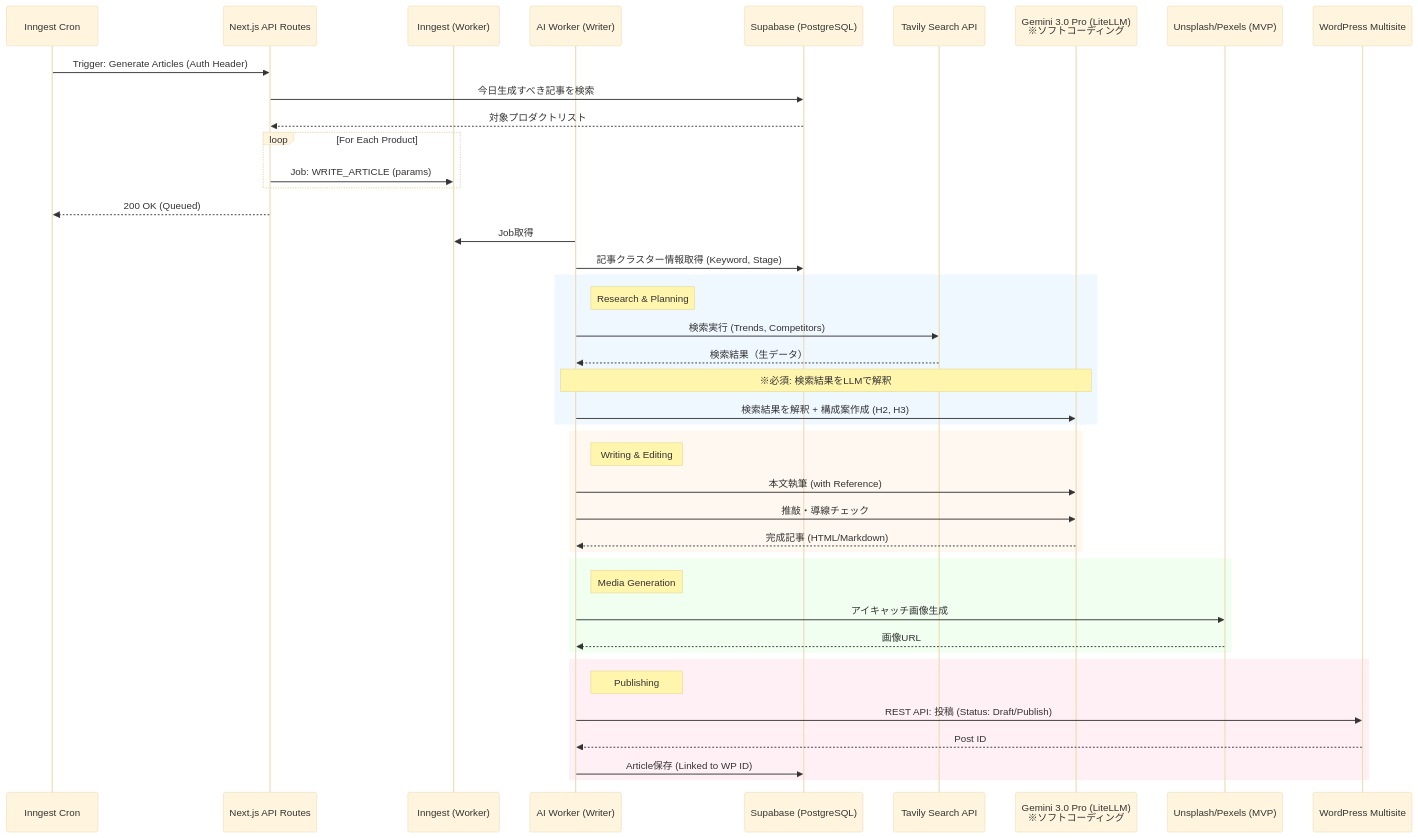
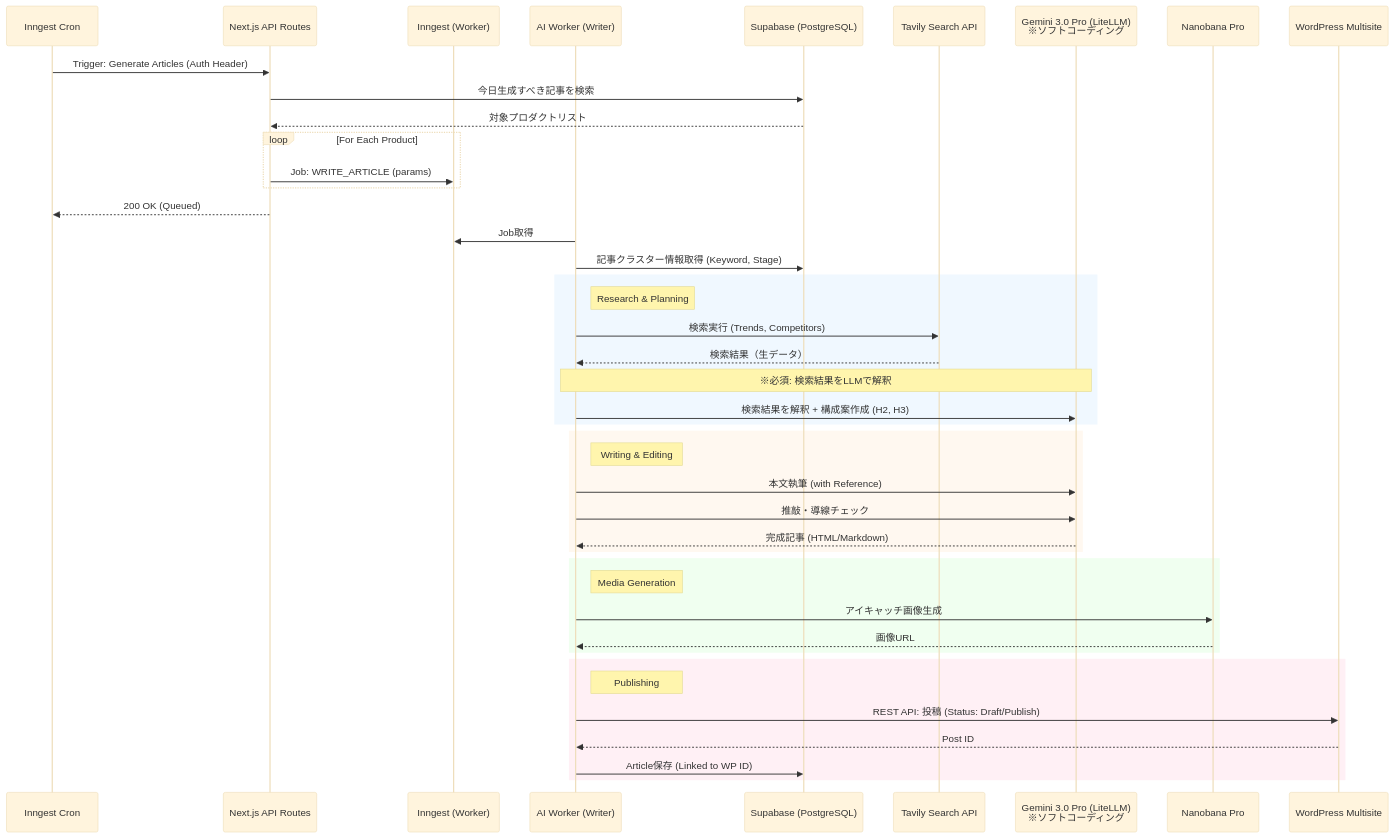
The second of 2 diagrams in docs/architecture/05_Sequence_Diagrams.md (nakia73/AutoWordPress), drawn with Mermaid (base theme) before and after one commit. The commit also changed other lines of this file and 36 other files, not shown here.

````diff
--- a/docs/architecture/05_Sequence_Diagrams.md
+++ b/docs/architecture/05_Sequence_Diagrams.md
@@ -102,53 +104,53 @@
 ```mermaid
 sequenceDiagram
     participant Scheduler as Inngest Cron
     participant NextAPI as Next.js API Routes
     participant Inngest as Inngest (Worker)
     participant Writer as AI Worker (Writer)
     participant DB as Supabase (PostgreSQL)
     participant Tavily as Tavily Search API
     participant LLM as Gemini 3.0 Pro (LiteLLM)<br/>※ソフトコーディング
-    participant ImageGen as Unsplash/Pexels (MVP)
+    participant ImageGen as Nanobana Pro
     participant UserWP as WordPress Multisite
 
     Scheduler->>NextAPI: Trigger: Generate Articles (Auth Header)
     NextAPI->>DB: 今日生成すべき記事を検索
     DB-->>NextAPI: 対象プロダクトリスト
 
     loop For Each Product
         NextAPI->>Inngest: Job: WRITE_ARTICLE (params)
     end
 
     NextAPI-->>Scheduler: 200 OK (Queued)
 
     Writer->>Inngest: Job取得
     Writer->>DB: 記事クラスター情報取得 (Keyword, Stage)
 
     rect rgb(240, 248, 255)
         note right of Writer: Research & Planning
         Writer->>Tavily: 検索実行 (Trends, Competitors)
         Tavily-->>Writer: 検索結果（生データ）
         Note over Writer,LLM: ※必須: 検索結果をLLMで解釈
         Writer->>LLM: 検索結果を解釈 + 構成案作成 (H2, H3)
     end
 
     rect rgb(255, 248, 240)
         note right of Writer: Writing & Editing
         Writer->>LLM: 本文執筆 (with Reference)
         Writer->>LLM: 推敲・導線チェック
         LLM-->>Writer: 完成記事 (HTML/Markdown)
     end
 
     rect rgb(240, 255, 240)
         note right of Writer: Media Generation
         Writer->>ImageGen: アイキャッチ画像生成
         ImageGen-->>Writer: 画像URL
     end
 
     rect rgb(255, 240, 245)
         note right of Writer: Publishing
         Writer->>UserWP: REST API: 投稿 (Status: Draft/Publish)
         UserWP-->>Writer: Post ID
         Writer->>DB: Article保存 (Linked to WP ID)
     end
 ```
````
